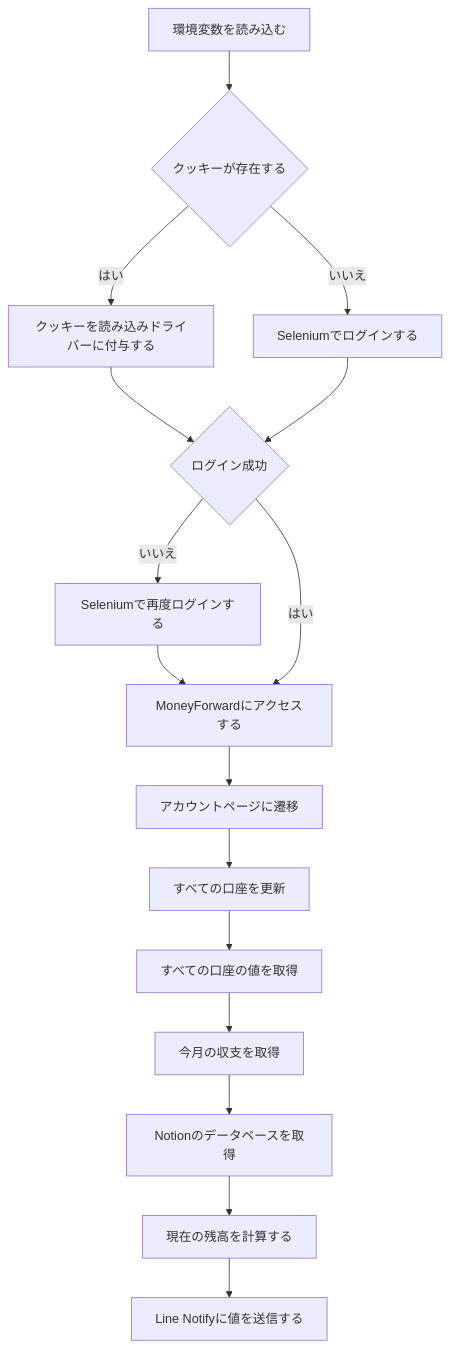
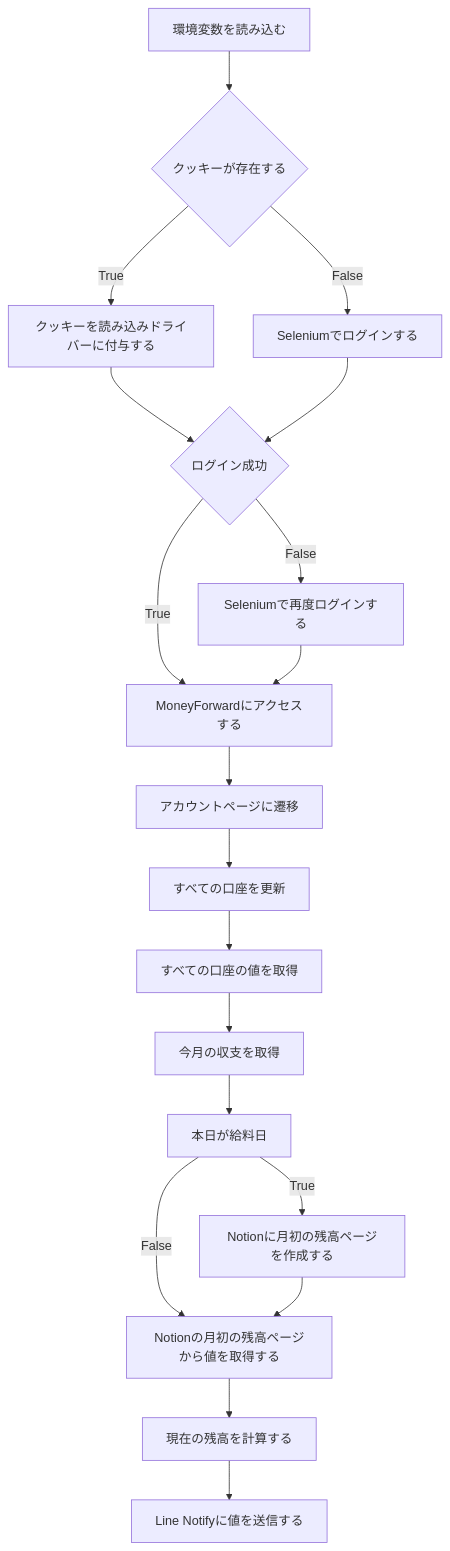
Before and after one commit to RRRRRRR-777/ParseMoneyForward: the diagram in README.md, drawn with Mermaid. The commit also changed other lines of this file and 1 other file, not shown here.

Commit message:
docs: ver1.1.0に伴うREADMEの変更(#21)

````diff
--- a/README.md
+++ b/README.md
@@ -57,18 +63,21 @@
 ```mermaid
 graph TD
     A[環境変数を読み込む] --> B{クッキーが存在する}
-    B -->|はい| C[クッキーを読み込みドライバーに付与する]
-    B -->|いいえ| D[Seleniumでログインする]
+    B -->|True| C[クッキーを読み込みドライバーに付与する]
+    B -->|False| D[Seleniumでログインする]
     C --> E{ログイン成功}
     D --> E{ログイン成功}
-    E -->|いいえ| F[Seleniumで再度ログインする]
+    E -->|True| G[MoneyForwardにアクセスする]
+    E -->|False| F[Seleniumで再度ログインする]
     F --> G[MoneyForwardにアクセスする]
-    E -->|はい| G[MoneyForwardにアクセスする]
     G --> H[アカウントページに遷移]
     H --> I[すべての口座を更新]
     I --> J[すべての口座の値を取得]
     J --> K[今月の収支を取得]
-    K --> L[Notionのデータベースを取得]
-    L --> M[現在の残高を計算する]
-    M --> N[Line Notifyに値を送信する]
+    K --> L[本日が給料日]
+    L -->|True| M[Notionに月初の残高ページを作成する]
+    L -->|False| N[Notionの月初の残高ページから値を取得する]
+    M --> N[Notionの月初の残高ページから値を取得する]
+    N --> P[現在の残高を計算する]
+    P --> Q[Line Notifyに値を送信する]
 ```
````
